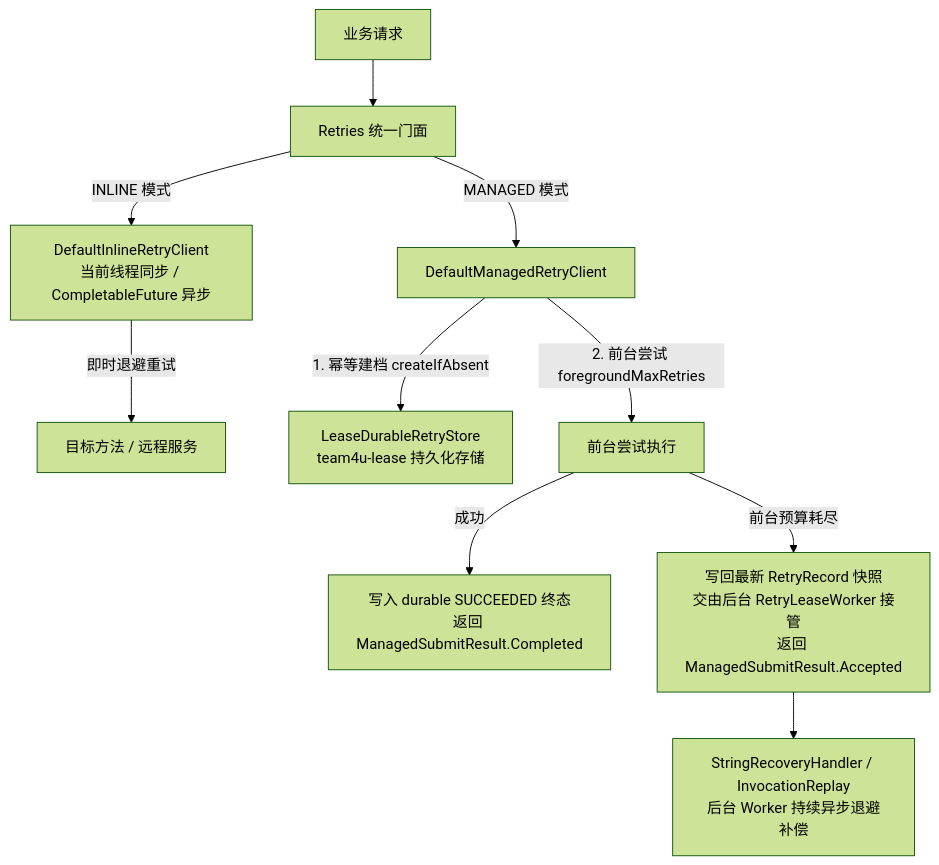
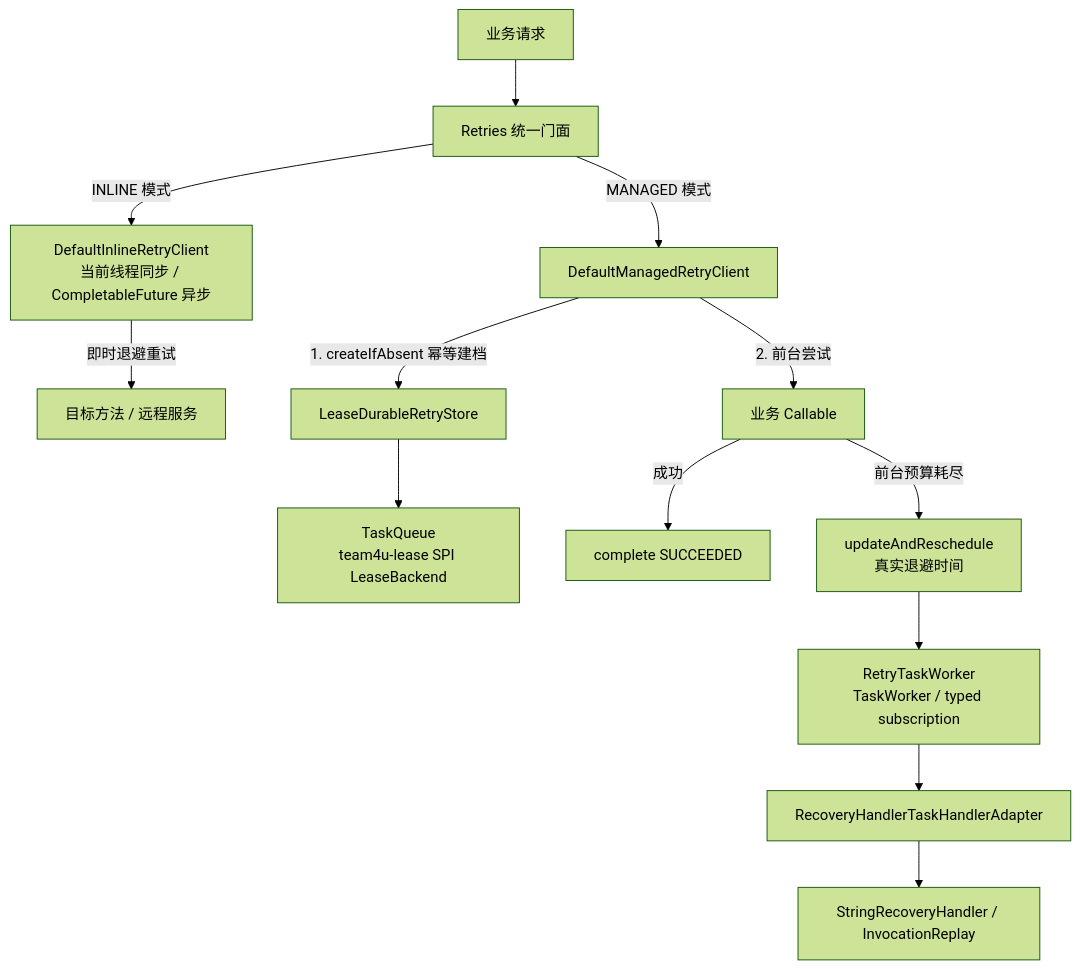
Before and after one commit to team4u/team4u-framework: the diagram in docs/retry/README.md, drawn with Mermaid (forest theme). The commit also changed other lines of this file and 179 other files, not shown here.

````diff
--- a/docs/retry/README.md
+++ b/docs/retry/README.md
@@ -22,14 +20,17 @@
 ```mermaid
 graph TD
     User["业务请求"] --> Retries["Retries 统一门面"]
-    
+
     Retries -->|"INLINE 模式"| InlineClient["DefaultInlineRetryClient<br/>当前线程同步 / CompletableFuture 异步"]
     InlineClient -->|"即时退避重试"| Target1["目标方法 / 远程服务"]
-    
+
     Retries -->|"MANAGED 模式"| ManagedClient["DefaultManagedRetryClient"]
-    ManagedClient -->|"1. 幂等建档 createIfAbsent"| Store["LeaseDurableRetryStore<br/>team4u-lease 持久化存储"]
-    ManagedClient -->|"2. 前台尝试 foregroundMaxRetries"| Target2["前台尝试执行"]
-    Target2 -->|"成功"| S1["写入 durable SUCCEEDED 终态<br/>返回 ManagedSubmitResult.Completed"]
-    Target2 -->|"前台预算耗尽"| Handoff["写回最新 RetryRecord 快照<br/>交由后台 RetryLeaseWorker 接管<br/>返回 ManagedSubmitResult.Accepted"]
-    Handoff --> RecoveryHandler["StringRecoveryHandler / InvocationReplay<br/>后台 Worker 持续异步退避补偿"]
+    ManagedClient -->|"1. createIfAbsent 幂等建档"| Store["LeaseDurableRetryStore"]
+    Store --> Queue["TaskQueue<br/>team4u-lease SPI LeaseBackend"]
+    ManagedClient -->|"2. 前台尝试"| Target2["业务 Callable"]
+    Target2 -->|"成功"| S1["complete SUCCEEDED"]
+    Target2 -->|"前台预算耗尽"| Handoff["updateAndReschedule<br/>真实退避时间"]
+    Handoff --> Worker["RetryTaskWorker<br/>TaskWorker / typed subscription"]
+    Worker --> Adapter["RecoveryHandlerTaskHandlerAdapter"]
+    Adapter --> Recovery["StringRecoveryHandler / InvocationReplay"]
 ```
````
